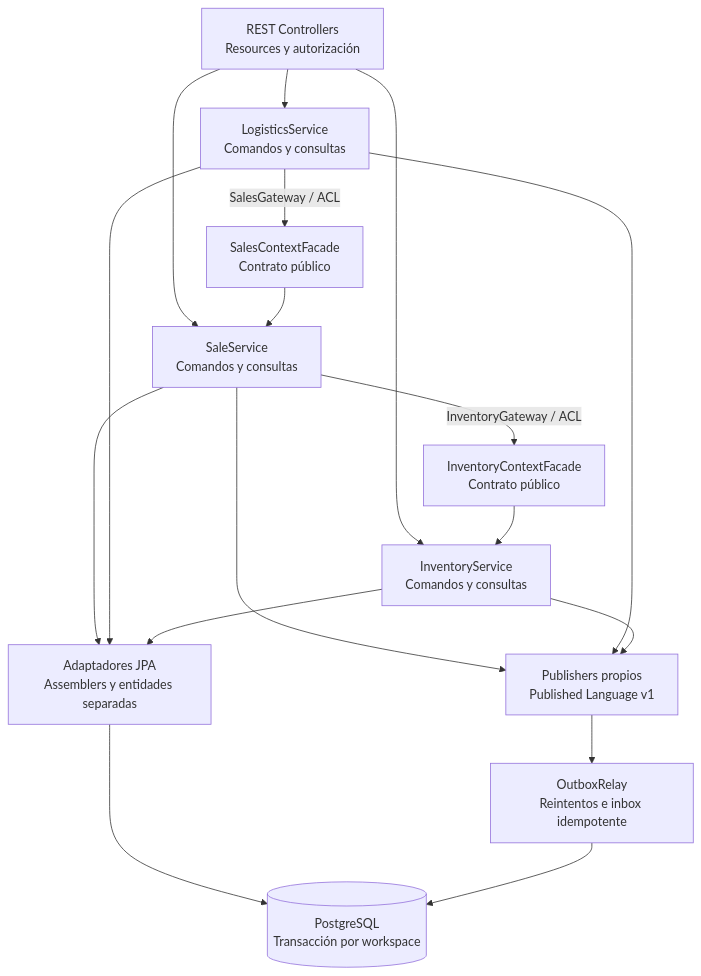
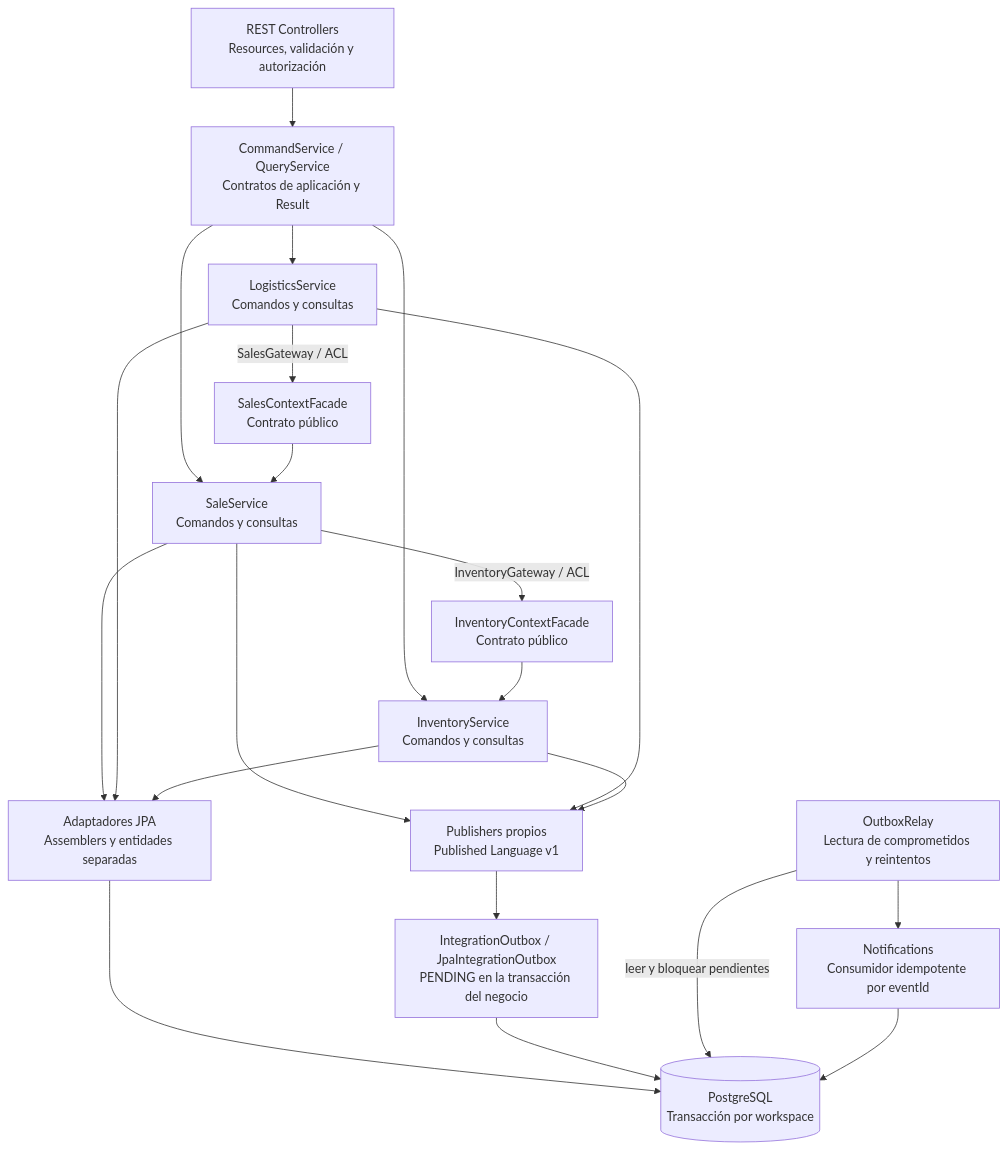
Before and after one commit to AI-ToDu/ai-todu-report: the diagram in design/diagrams/c4-components-av2.mmd, drawn with Mermaid. The commit also changed 37 other files, not shown here.

```diff
--- a/design/diagrams/c4-components-av2.mmd
+++ b/design/diagrams/c4-components-av2.mmd
@@ -1,27 +1,34 @@
 flowchart TB
- rest["REST Controllers<br/>Resources y autorización"]
+ rest["REST Controllers<br/>Resources, validación y autorización"]
+ contracts["CommandService / QueryService<br/>Contratos de aplicación y Result"]
  sale["SaleService<br/>Comandos y consultas"]
  logistic["LogisticsService<br/>Comandos y consultas"]
  inventory["InventoryService<br/>Comandos y consultas"]
  aclSale["SalesContextFacade<br/>Contrato público"]
  aclInventory["InventoryContextFacade<br/>Contrato público"]
  jpa["Adaptadores JPA<br/>Assemblers y entidades separadas"]
  db[("PostgreSQL<br/>Transacción por workspace")]
  events["Publishers propios<br/>Published Language v1"]
- outbox["OutboxRelay<br/>Reintentos e inbox idempotente"]
- rest --> sale
- rest --> logistic
- rest --> inventory
+ append["IntegrationOutbox / JpaIntegrationOutbox<br/>PENDING en la transacción del negocio"]
+ outbox["OutboxRelay<br/>Lectura de comprometidos y reintentos"]
+ inbox["Notifications<br/>Consumidor idempotente por eventId"]
+ rest --> contracts
+ contracts --> sale
+ contracts --> logistic
+ contracts --> inventory
  logistic -->|"SalesGateway / ACL"| aclSale
  aclSale --> sale
  sale -->|"InventoryGateway / ACL"| aclInventory
  aclInventory --> inventory
  sale --> jpa
  logistic --> jpa
  inventory --> jpa
  jpa --> db
  sale --> events
  logistic --> events
  inventory --> events
- events --> outbox
- outbox --> db
+ events --> append
+ append --> db
+ outbox -->|"leer y bloquear pendientes"| db
+ outbox --> inbox
+ inbox --> db
```
